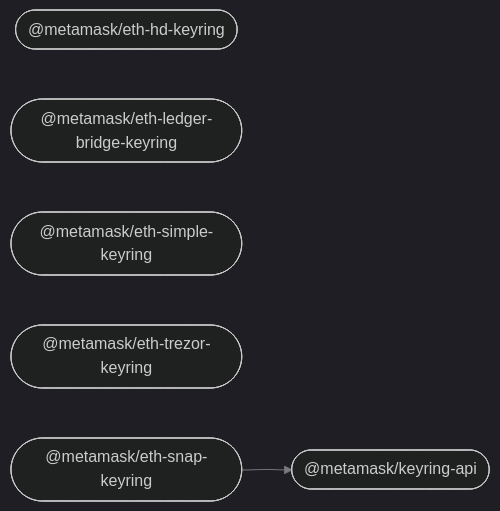
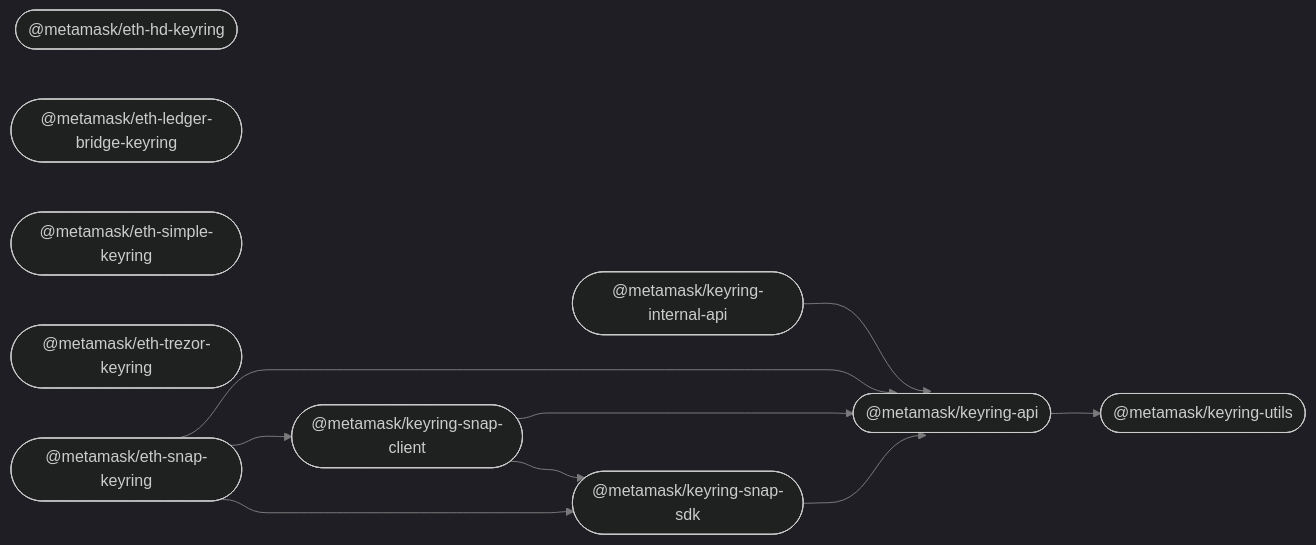
The diagram in README.md (MetaMask/accounts), drawn with Mermaid (dark theme) before and after one commit. The commit also changed other lines of this file, not shown here.

````diff
--- a/README.md
+++ b/README.md
@@ -28,12 +32,23 @@
 ```mermaid
 %%{ init: { 'flowchart': { 'curve': 'bumpX' } } }%%
 graph LR;
 linkStyle default opacity:0.5
   keyring_api(["@metamask/keyring-api"]);
   eth_hd_keyring(["@metamask/eth-hd-keyring"]);
   eth_ledger_bridge_keyring(["@metamask/eth-ledger-bridge-keyring"]);
   eth_simple_keyring(["@metamask/eth-simple-keyring"]);
   eth_trezor_keyring(["@metamask/eth-trezor-keyring"]);
+  keyring_internal_api(["@metamask/keyring-internal-api"]);
   eth_snap_keyring(["@metamask/eth-snap-keyring"]);
+  keyring_snap_client(["@metamask/keyring-snap-client"]);
+  keyring_snap_sdk(["@metamask/keyring-snap-sdk"]);
+  keyring_utils(["@metamask/keyring-utils"]);
+  keyring_api --> keyring_utils;
+  keyring_internal_api --> keyring_api;
   eth_snap_keyring --> keyring_api;
+  eth_snap_keyring --> keyring_snap_client;
+  eth_snap_keyring --> keyring_snap_sdk;
+  keyring_snap_client --> keyring_api;
+  keyring_snap_client --> keyring_snap_sdk;
+  keyring_snap_sdk --> keyring_api;
 ```
````
